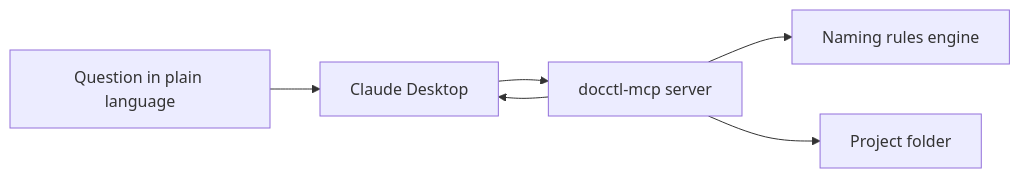
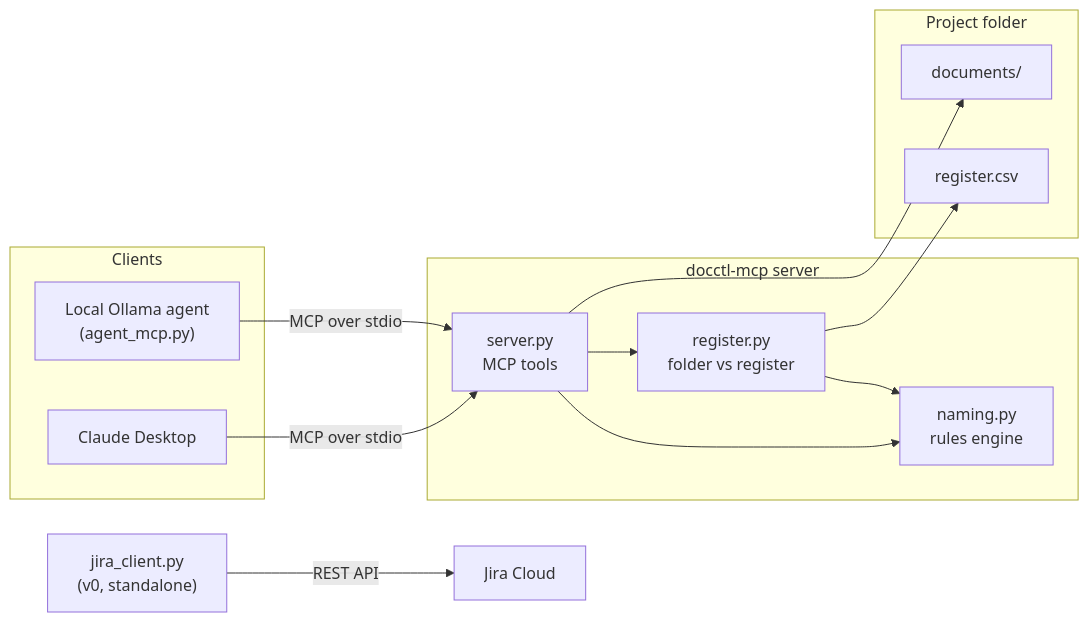
One commit to justkmode/docctl-mcp changed the diagram in README.md. Above: the diagram before and after it, drawn with Mermaid. The commit also changed other lines of this file, not shown here.

````diff
--- a/README.md
+++ b/README.md
@@ -24,8 +48,28 @@
 ```mermaid
 flowchart LR
-    U["Question in plain language"] --> C["Claude Desktop"]
-    C --> S["docctl-mcp server"]
-    S --> N["Naming rules engine"]
-    S --> F["Project folder"]
-    S --> C
+    subgraph Clients
+        CD["Claude Desktop"]
+        OA["Local Ollama agent<br/>(agent_mcp.py)"]
+    end
+
+    subgraph Server["docctl-mcp server"]
+        S["server.py<br/>MCP tools"]
+        R["register.py<br/>folder vs register"]
+        N["naming.py<br/>rules engine"]
+    end
+
+    subgraph Data["Project folder"]
+        D["documents/"]
+        REG["register.csv"]
+    end
+
+    CD -- "MCP over stdio" --> S
+    OA -- "MCP over stdio" --> S
+    S --> R
+    S --> N
+    R --> N
+    S --> D
+    R --> REG
+
+    J["jira_client.py<br/>(v0, standalone)"] -- "REST API" --> JC["Jira Cloud"]
 ```
````
